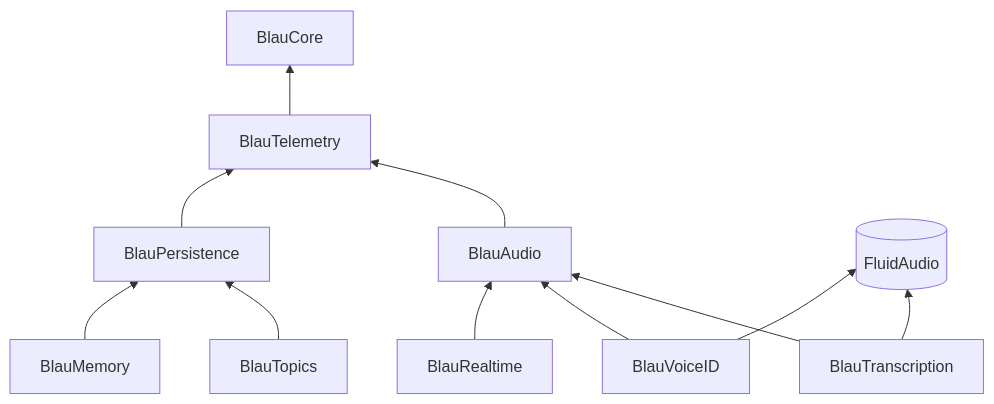
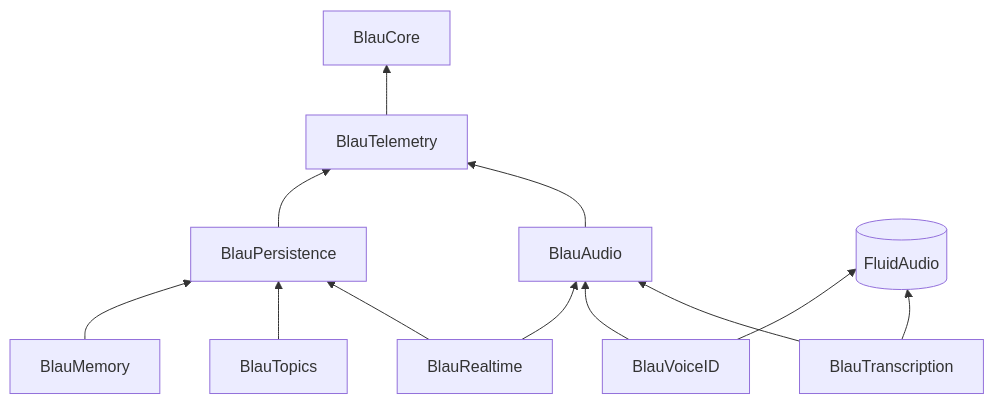
Before and after one commit to joeblau/voice: the diagram in docs/architecture.md, drawn with Mermaid. The commit also changed other lines of this file and 22 other files, not shown here.

````diff
--- a/docs/architecture.md
+++ b/docs/architecture.md
@@ -44,24 +44,25 @@
 ```mermaid
 flowchart BT
     Core[BlauCore]
     Telemetry[BlauTelemetry]
     Audio[BlauAudio]
     Persistence[BlauPersistence]
     Transcription[BlauTranscription]
     VoiceID[BlauVoiceID]
     Realtime[BlauRealtime]
     Topics[BlauTopics]
     Memory[BlauMemory]
     FluidAudio[(FluidAudio)]
 
     Telemetry --> Core
     Audio --> Telemetry
     Persistence --> Telemetry
     Transcription --> Audio
     VoiceID --> Audio
     Realtime --> Audio
+    Realtime --> Persistence
     Topics --> Persistence
     Memory --> Persistence
     Transcription --> FluidAudio
     VoiceID --> FluidAudio
 ```
````
